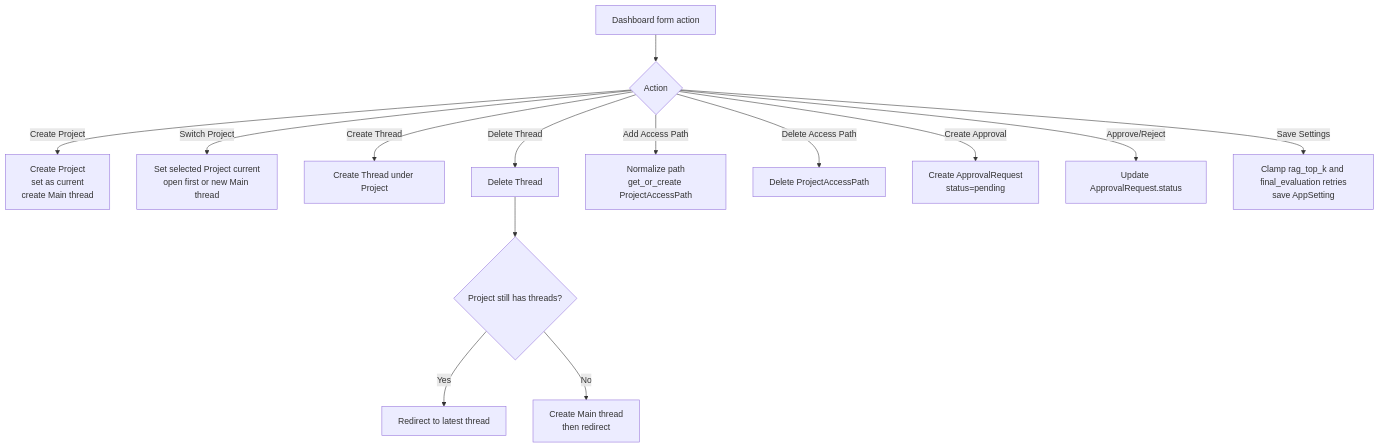
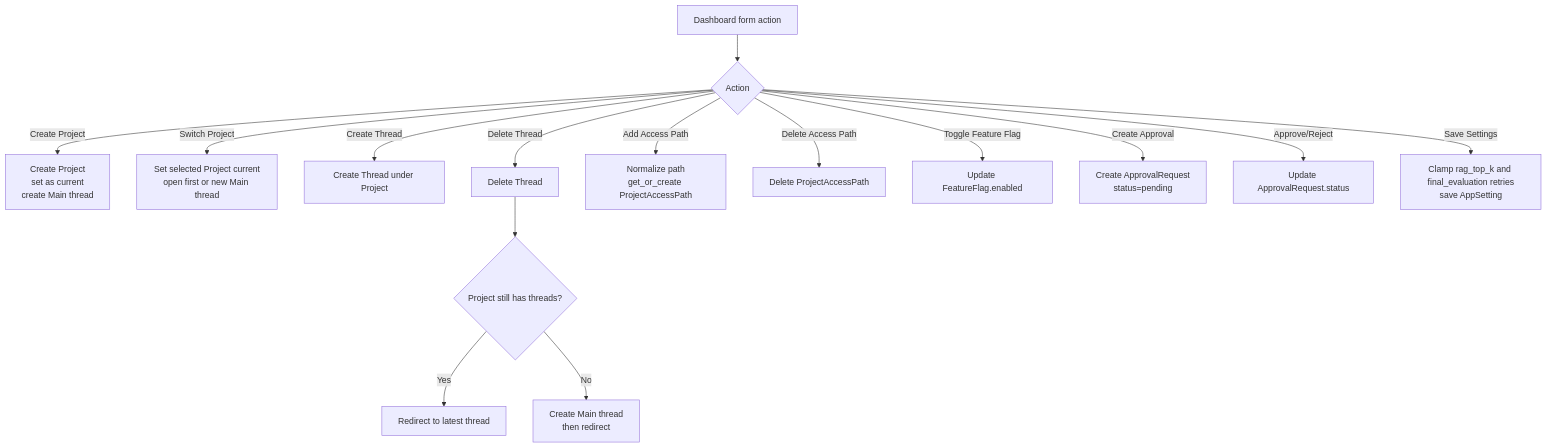
One commit to ikedachin/maigent changed diagram 11 of 11 in README.md. Above: the diagram before and after it, drawn with Mermaid. The commit also changed other lines of this file and 9 other files, not shown here.

````diff
--- a/README.md
+++ b/README.md
@@ -410,16 +421,17 @@
 ```mermaid
 flowchart TD
     UI["Dashboard form action"] --> Action{"Action"}
     Action -- "Create Project" --> CreateProject["Create Project\nset as current\ncreate Main thread"]
     Action -- "Switch Project" --> SwitchProject["Set selected Project current\nopen first or new Main thread"]
     Action -- "Create Thread" --> CreateThread["Create Thread under Project"]
     Action -- "Delete Thread" --> DeleteThread["Delete Thread"]
     DeleteThread --> HasThread{"Project still has threads?"}
     HasThread -- "Yes" --> RedirectThread["Redirect to latest thread"]
     HasThread -- "No" --> RecreateMain["Create Main thread\nthen redirect"]
     Action -- "Add Access Path" --> AddPath["Normalize path\nget_or_create ProjectAccessPath"]
     Action -- "Delete Access Path" --> DeletePath["Delete ProjectAccessPath"]
+    Action -- "Toggle Feature Flag" --> ToggleFlag["Update FeatureFlag.enabled"]
     Action -- "Create Approval" --> CreateApproval["Create ApprovalRequest\nstatus=pending"]
     Action -- "Approve/Reject" --> ApprovalAction["Update ApprovalRequest.status"]
     Action -- "Save Settings" --> SaveSettings["Clamp rag_top_k and final_evaluation retries\nsave AppSetting"]
 ```
````
